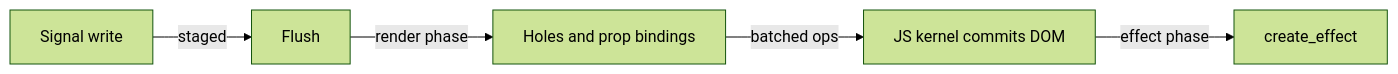
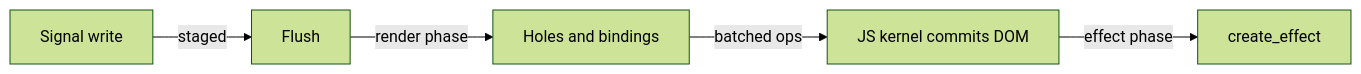
Before and after one commit to wybthon/wybthon: the diagram in docs/concepts/mental-model.md, drawn with Mermaid (forest theme). The commit also changed other lines of this file and 140 other files, not shown here.

````diff
--- a/docs/concepts/mental-model.md
+++ b/docs/concepts/mental-model.md
@@ -15,7 +15,7 @@
 ```mermaid
 flowchart LR
     A[Signal write] -->|staged| B[Flush]
-    B -->|render phase| C[Holes and prop bindings]
+    B -->|render phase| C[Holes and bindings]
     C -->|batched ops| D[JS kernel commits DOM]
     D -->|effect phase| E[create_effect]
 ```
````
